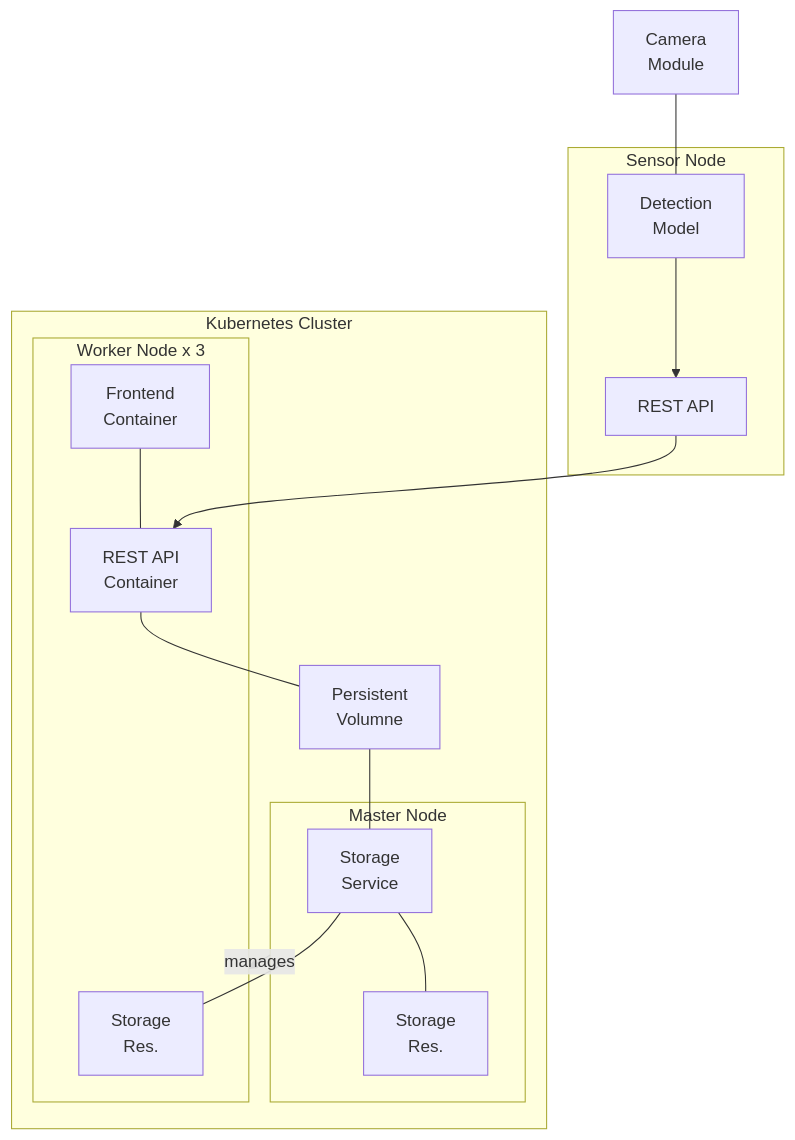
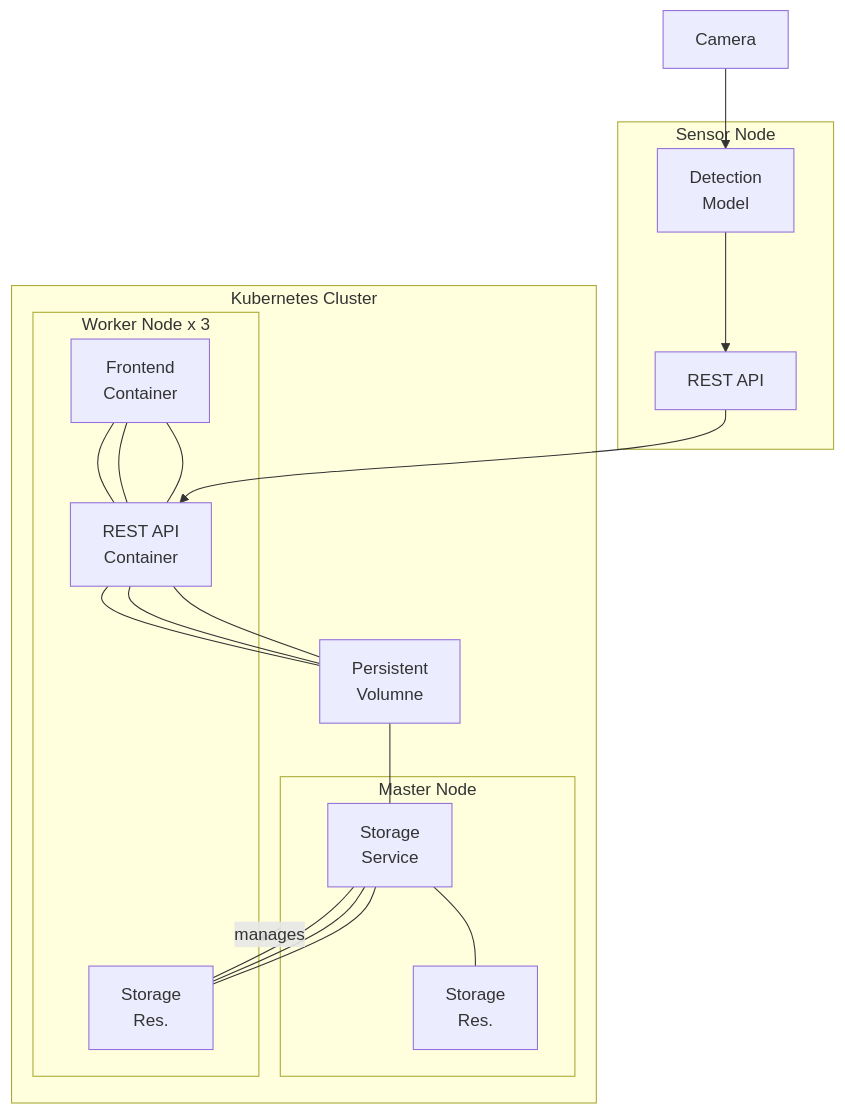
Before and after one commit to ccfrauasgr2/pet-detection: the first of 2 diagrams in docs/Group_2_SS23_ProjectReport.md, drawn with Mermaid. The commit also changed other lines of this file, not shown here.

````diff
--- a/docs/Group_2_SS23_ProjectReport.md
+++ b/docs/Group_2_SS23_ProjectReport.md
@@ -46,30 +46,30 @@
 ```mermaid
 flowchart TD
-  camera[Camera\nModule]
+  camera[Camera]
 
   subgraph sensornode[Sensor Node]
     sensorNodeAPI[REST API]
     model[Detection\nModel]
   end
 
   subgraph cluster[Kubernetes Cluster]
 
     subgraph masterNode[Master Node]
       storageService[Storage\nService]
       masterStorage[Storage\nRes.]
     end
 
     subgraph workerNode1[Worker Node x 3]
       workerStorage1[Storage\nRes.]
       restapiContainer1[REST API\nContainer]
       frontendContainer1[Frontend\nContainer]
     end
 
     persistentVolumne[Persistent\nVolumne]
   end
 
   masterNode --manages--> workerNode1
-  frontendContainer1 --- restapiContainer1
-  camera --- model --> sensorNodeAPI --> restapiContainer1 --- persistentVolumne --- storageService --- masterStorage & workerStorage1
-
+  frontendContainer1 --- restapiContainer1 & restapiContainer1 & restapiContainer1
+  camera --> model --> sensorNodeAPI --> restapiContainer1 --- persistentVolumne --- storageService --- masterStorage & workerStorage1 & workerStorage1 & workerStorage1
+  restapiContainer1 & restapiContainer1 --- persistentVolumne
 ```
````
